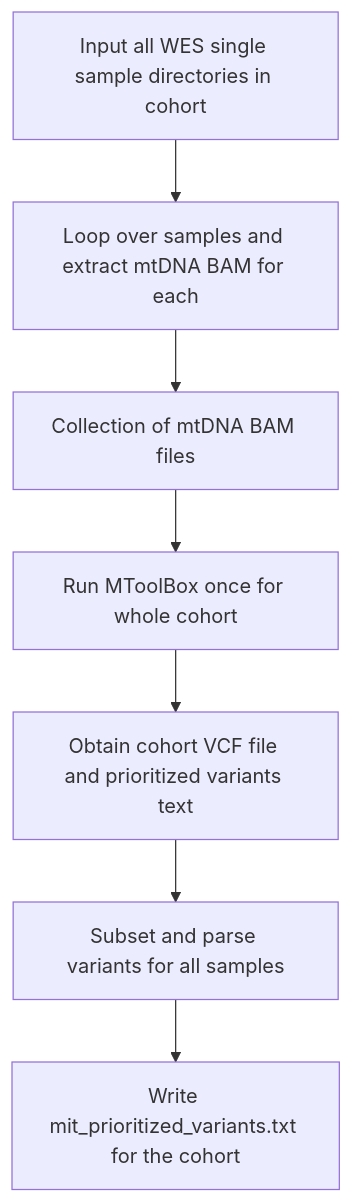
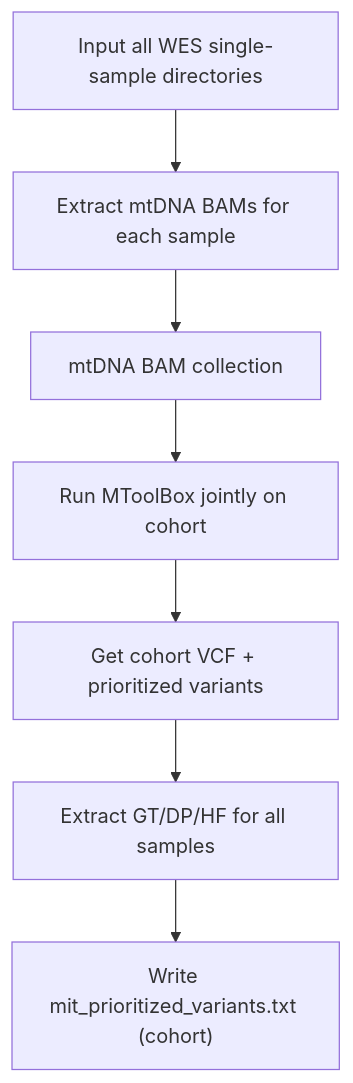
Before and after one commit to CNAG-Biomedical-Informatics/cbicall: the second of 2 diagrams in docs/pipelines/mtdna.md, drawn with Mermaid. The commit also changed other lines of this file and 21 other files, not shown here.

````diff
--- a/docs/pipelines/mtdna.md
+++ b/docs/pipelines/mtdna.md
@@ -136,12 +88,11 @@
         ```mermaid
         flowchart TD
-            A["Input all WES single sample directories in cohort"]
-            B["Loop over samples and extract mtDNA BAM for each"]
-            C["Collection of mtDNA BAM files"]
-            D["Run MToolBox once for whole cohort"]
-            E["Obtain cohort VCF file and prioritized variants text"]
-            F["Subset and parse variants for all samples"]
-            G["Write mit_prioritized_variants.txt for the cohort"]
-     
+            A["Input all WES single-sample directories"]
+            B["Extract mtDNA BAMs for each sample"]
+            C["mtDNA BAM collection"]
+            D["Run MToolBox jointly on cohort"]
+            E["Get cohort VCF + prioritized variants"]
+            F["Extract GT/DP/HF for all samples"]
+            G["Write mit_prioritized_variants.txt (cohort)"]
             A --> B --> C --> D --> E --> F --> G
         ```
````
